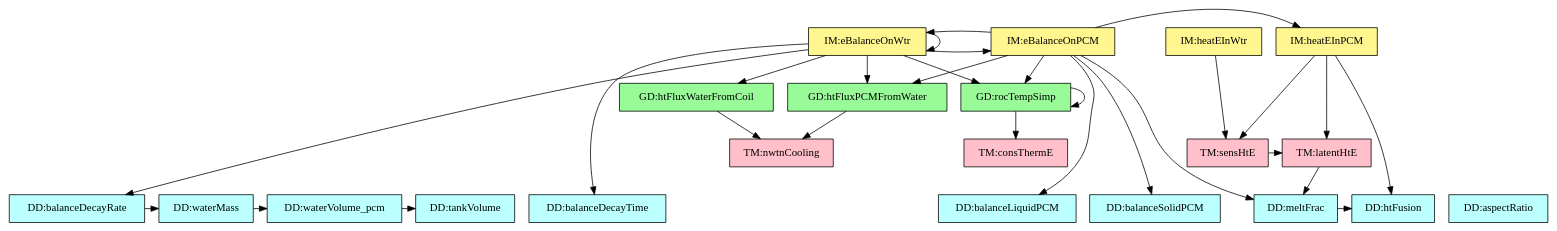
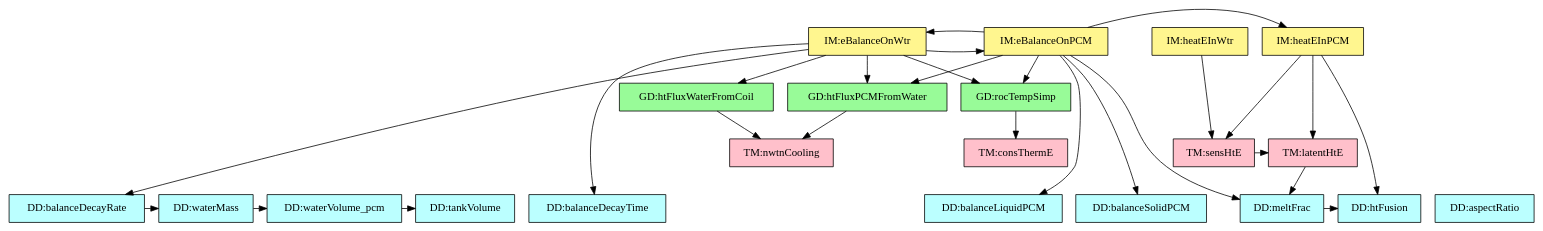
One commit to JacquesCarette/Drasil changed the diagram in code/stable/swhs/TraceyGraph/refvsref.dot. Above: the diagram before and after it, drawn with Graphviz. The commit also changed 29 other files, not shown here.

```diff
--- a/code/stable/swhs/TraceyGraph/refvsref.dot
+++ b/code/stable/swhs/TraceyGraph/refvsref.dot
@@ -1,67 +1,65 @@
 digraph "refvsref" {
     "dataDefn:wMass" -> "dataDefn:wVol";
     "dataDefn:wVol" -> "dataDefn:tankVol";
     "dataDefn:tauW" -> "dataDefn:wMass";
     "dataDefn:meltFrac" -> "dataDefn:htFusion";
     "theory:sensHeat" -> "theory:latentHtETM";
     "theory:latentHtETM" -> "dataDefn:meltFrac";
     "theory:rocTempSimpRC" -> "theory:consThermECS";
-    "theory:rocTempSimpRC" -> "theory:rocTempSimpRC";
     "theory:htFluxC" -> "theory:nwtnCoolingTM";
     "theory:htFluxP" -> "theory:nwtnCoolingTM";
     "theory:eBalanceOnWtrRC" -> "dataDefn:tauW";
     "theory:eBalanceOnWtrRC" -> "dataDefn:eta";
     "theory:eBalanceOnWtrRC" -> "theory:rocTempSimpRC";
     "theory:eBalanceOnWtrRC" -> "theory:htFluxC";
     "theory:eBalanceOnWtrRC" -> "theory:htFluxP";
-    "theory:eBalanceOnWtrRC" -> "theory:eBalanceOnWtrRC";
     "theory:eBalanceOnWtrRC" -> "theory:eBalanceOnPCMRC";
     "theory:eBalanceOnPCMRC" -> "dataDefn:tauSP";
     "theory:eBalanceOnPCMRC" -> "dataDefn:tauLP";
     "theory:eBalanceOnPCMRC" -> "dataDefn:meltFrac";
     "theory:eBalanceOnPCMRC" -> "theory:rocTempSimpRC";
     "theory:eBalanceOnPCMRC" -> "theory:htFluxP";
     "theory:eBalanceOnPCMRC" -> "theory:eBalanceOnWtrRC";
     "theory:eBalanceOnPCMRC" -> "theory:heatEInPCMRC";
     "theory:heatEInWtrIM" -> "theory:sensHeat";
     "theory:heatEInPCMRC" -> "dataDefn:htFusion";
     "theory:heatEInPCMRC" -> "theory:sensHeat";
     "theory:heatEInPCMRC" -> "theory:latentHtETM";
     "dataDefn:wMass" [shape=box, color=black, style=filled, fillcolor="paleturquoise1", label="DD:waterMass"];
     "dataDefn:wVol" [shape=box, color=black, style=filled, fillcolor="paleturquoise1", label="DD:waterVolume_pcm"];
     "dataDefn:tankVol" [shape=box, color=black, style=filled, fillcolor="paleturquoise1", label="DD:tankVolume"];
     "dataDefn:tauW" [shape=box, color=black, style=filled, fillcolor="paleturquoise1", label="DD:balanceDecayRate"];
     "dataDefn:eta" [shape=box, color=black, style=filled, fillcolor="paleturquoise1", label="DD:balanceDecayTime"];
     "dataDefn:tauSP" [shape=box, color=black, style=filled, fillcolor="paleturquoise1", label="DD:balanceSolidPCM"];
     "dataDefn:tauLP" [shape=box, color=black, style=filled, fillcolor="paleturquoise1", label="DD:balanceLiquidPCM"];
     "dataDefn:htFusion" [shape=box, color=black, style=filled, fillcolor="paleturquoise1", label="DD:htFusion"];
     "dataDefn:meltFrac" [shape=box, color=black, style=filled, fillcolor="paleturquoise1", label="DD:meltFrac"];
     "dataDefn:aspectRatio" [shape=box, color=black, style=filled, fillcolor="paleturquoise1", label="DD:aspectRatio"];
     subgraph "DD" {
         rank="same";
         "dataDefn:wMass" "dataDefn:wVol" "dataDefn:tankVol" "dataDefn:tauW" "dataDefn:eta" "dataDefn:tauSP" "dataDefn:tauLP" "dataDefn:htFusion" "dataDefn:meltFrac" "dataDefn:aspectRatio";
     }
     "theory:consThermECS" [shape=box, color=black, style=filled, fillcolor="pink", label="TM:consThermE"];
     "theory:sensHeat" [shape=box, color=black, style=filled, fillcolor="pink", label="TM:sensHtE"];
     "theory:latentHtETM" [shape=box, color=black, style=filled, fillcolor="pink", label="TM:latentHtE"];
     "theory:nwtnCoolingTM" [shape=box, color=black, style=filled, fillcolor="pink", label="TM:nwtnCooling"];
     subgraph "TM" {
         rank="same";
         "theory:consThermECS" "theory:sensHeat" "theory:latentHtETM" "theory:nwtnCoolingTM";
     }
     "theory:rocTempSimpRC" [shape=box, color=black, style=filled, fillcolor="palegreen", label="GD:rocTempSimp"];
     "theory:htFluxC" [shape=box, color=black, style=filled, fillcolor="palegreen", label="GD:htFluxWaterFromCoil"];
     "theory:htFluxP" [shape=box, color=black, style=filled, fillcolor="palegreen", label="GD:htFluxPCMFromWater"];
     subgraph "GD" {
         rank="same";
         "theory:rocTempSimpRC" "theory:htFluxC" "theory:htFluxP";
     }
     "theory:eBalanceOnWtrRC" [shape=box, color=black, style=filled, fillcolor="khaki1", label="IM:eBalanceOnWtr"];
     "theory:eBalanceOnPCMRC" [shape=box, color=black, style=filled, fillcolor="khaki1", label="IM:eBalanceOnPCM"];
     "theory:heatEInWtrIM" [shape=box, color=black, style=filled, fillcolor="khaki1", label="IM:heatEInWtr"];
     "theory:heatEInPCMRC" [shape=box, color=black, style=filled, fillcolor="khaki1", label="IM:heatEInPCM"];
     subgraph "IM" {
         rank="same";
         "theory:eBalanceOnWtrRC" "theory:eBalanceOnPCMRC" "theory:heatEInWtrIM" "theory:heatEInPCMRC";
     }
 }
```
